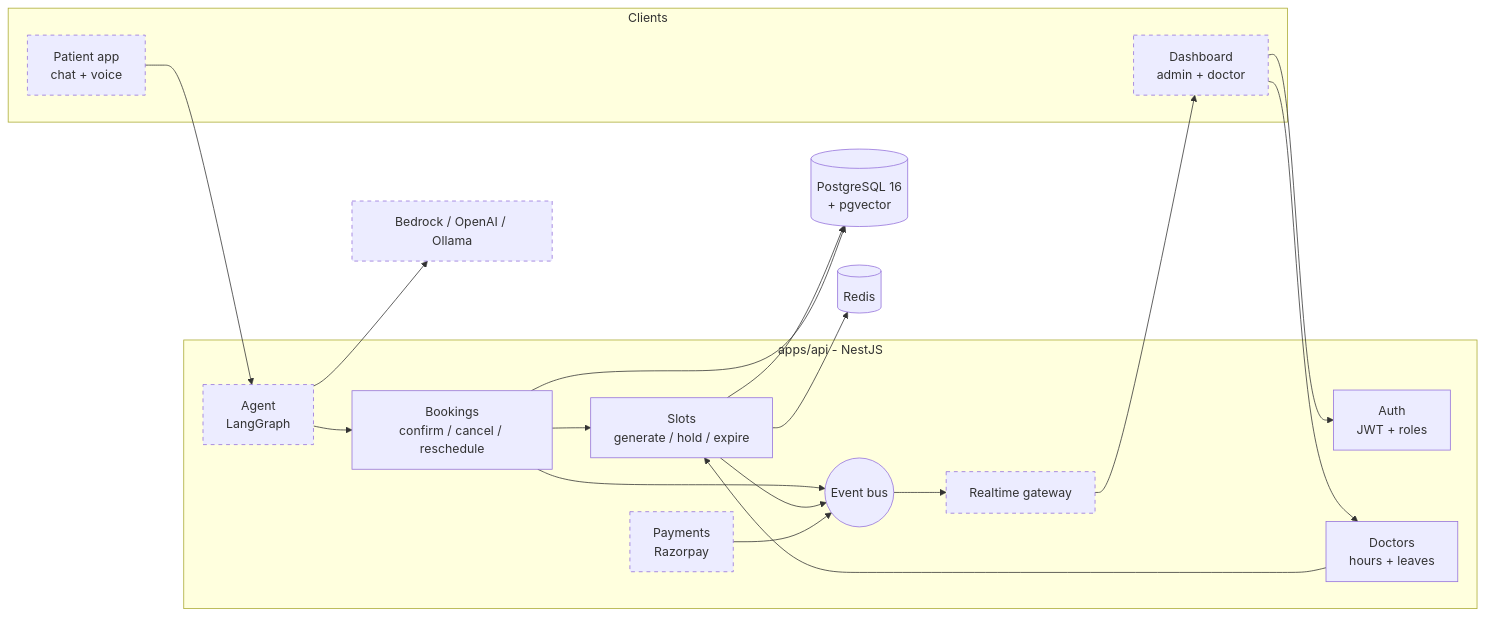
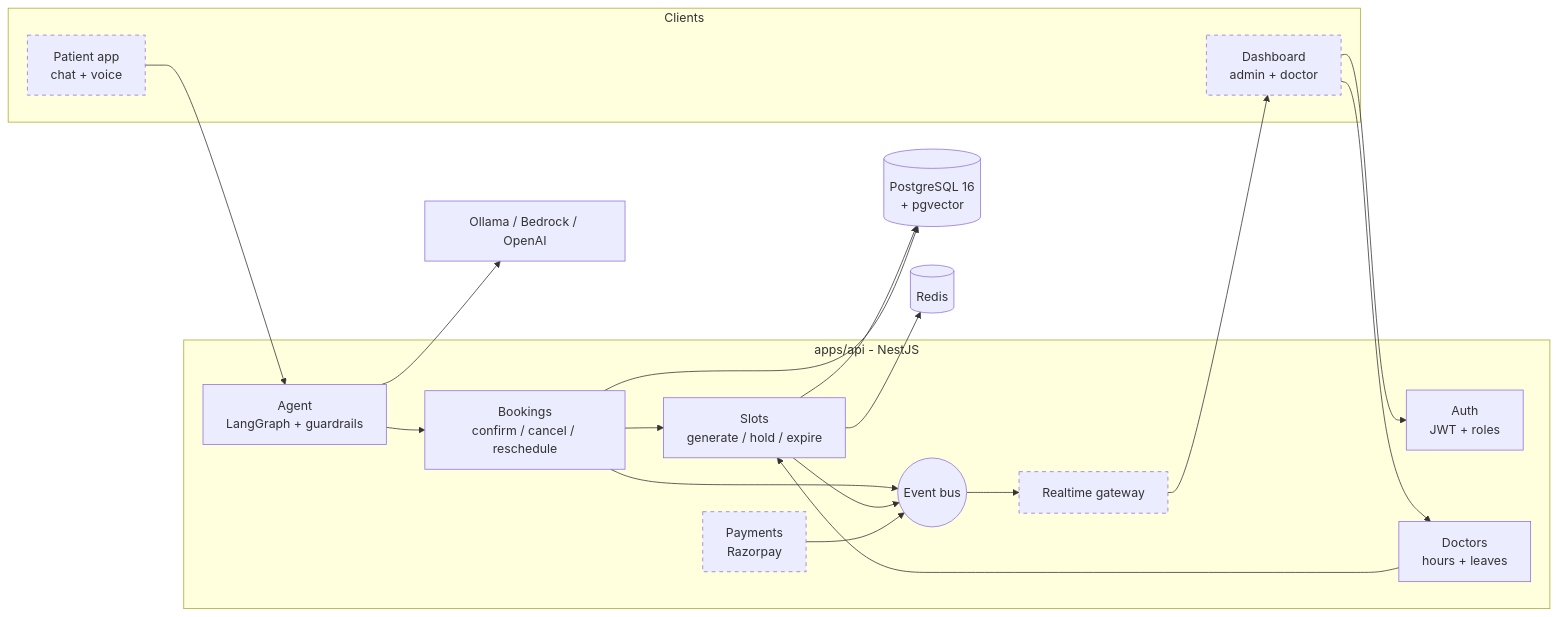
One commit to rkumwt/clinic-booking-agent changed the first of 2 diagrams in README.md. Above: the diagram before and after it, drawn with Mermaid. The commit also changed other lines of this file and 47 other files, not shown here.

First line of the commit message:
Add chat agent: LangGraph graph, tools, FAQ search, memory and approvals

````diff
--- a/README.md
+++ b/README.md
@@ -24,40 +24,40 @@
 ```mermaid
 flowchart LR
   subgraph Clients
     PA[Patient app<br/>chat + voice]:::planned
     DB[Dashboard<br/>admin + doctor]:::planned
   end
 
   subgraph API[apps/api - NestJS]
     AUTH[Auth<br/>JWT + roles]
     DOC[Doctors<br/>hours + leaves]
     SLOT[Slots<br/>generate / hold / expire]
     BOOK[Bookings<br/>confirm / cancel / reschedule]
     BUS((Event bus))
-    AGENT[Agent<br/>LangGraph]:::planned
+    AGENT[Agent<br/>LangGraph + guardrails]
     PAY[Payments<br/>Razorpay]:::planned
     WS[Realtime gateway]:::planned
   end
 
   PG[(PostgreSQL 16<br/>+ pgvector)]
   RD[(Redis)]
-  LLM[Bedrock / OpenAI / Ollama]:::planned
+  LLM[Ollama / Bedrock / OpenAI]
 
   PA --> AGENT
   DB --> AUTH
   DB --> DOC
   AGENT --> BOOK
   AGENT --> LLM
   DOC --> SLOT
   BOOK --> SLOT
   SLOT --> RD
   SLOT --> PG
   BOOK --> PG
   BOOK --> BUS
   SLOT --> BUS
   PAY --> BUS
   BUS --> WS
   WS --> DB
 
   classDef planned stroke-dasharray: 5 5
 ```
````
